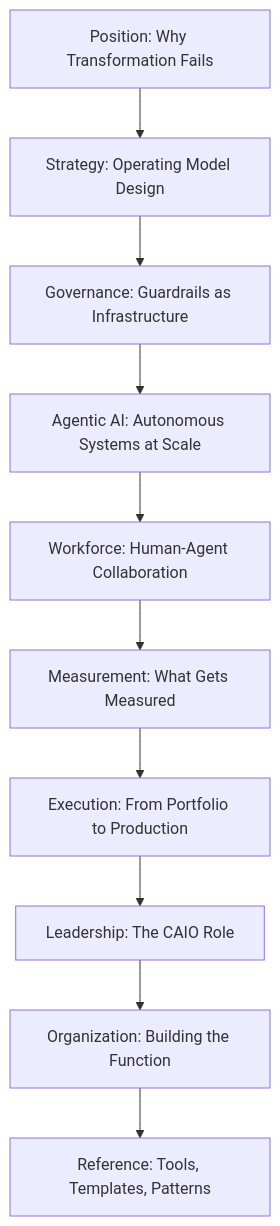
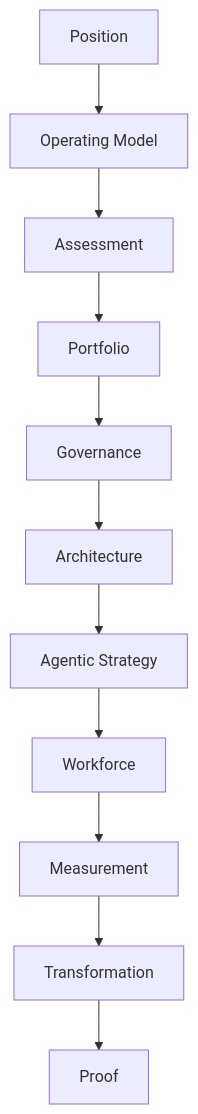
One commit to sunilp/enterprise-ai changed the diagram in docs/index.md. Above: the diagram before and after it, drawn with Mermaid. The commit also changed other lines of this file, not shown here.

````diff
--- a/docs/index.md
+++ b/docs/index.md
@@ -51,12 +35,13 @@
 ```mermaid
 graph TD
-    A[Position: Why Transformation Fails] --> B[Strategy: Operating Model Design]
-    B --> C[Governance: Guardrails as Infrastructure]
-    C --> D[Agentic AI: Autonomous Systems at Scale]
-    D --> E[Workforce: Human-Agent Collaboration]
-    E --> F[Measurement: What Gets Measured]
-    F --> G[Execution: From Portfolio to Production]
-    G --> H[Leadership: The CAIO Role]
-    H --> I[Organization: Building the Function]
-    I --> J[Reference: Tools, Templates, Patterns]
+    A[Position] --> B[Operating Model]
+    B --> C[Assessment]
+    C --> D[Portfolio]
+    D --> E[Governance]
+    E --> F[Architecture]
+    F --> G[Agentic Strategy]
+    G --> H[Workforce]
+    H --> I[Measurement]
+    I --> J[Transformation]
+    J --> K[Proof]
 ```
````
